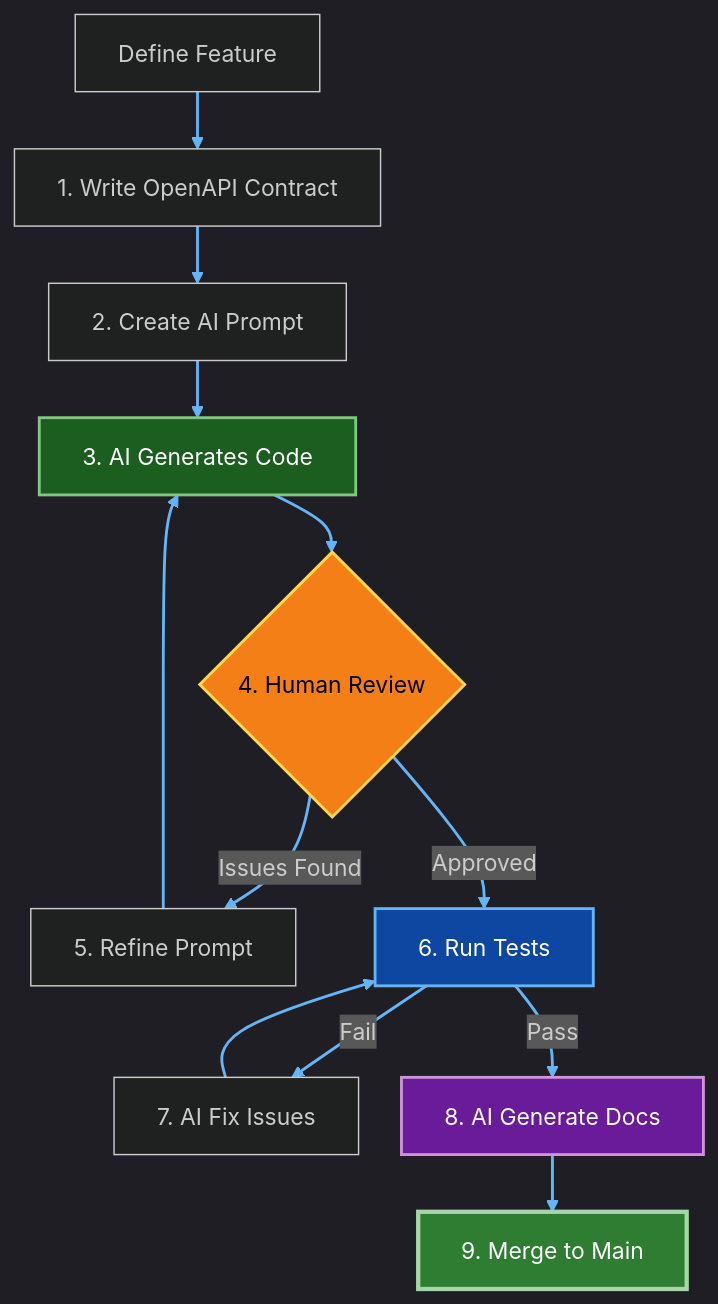
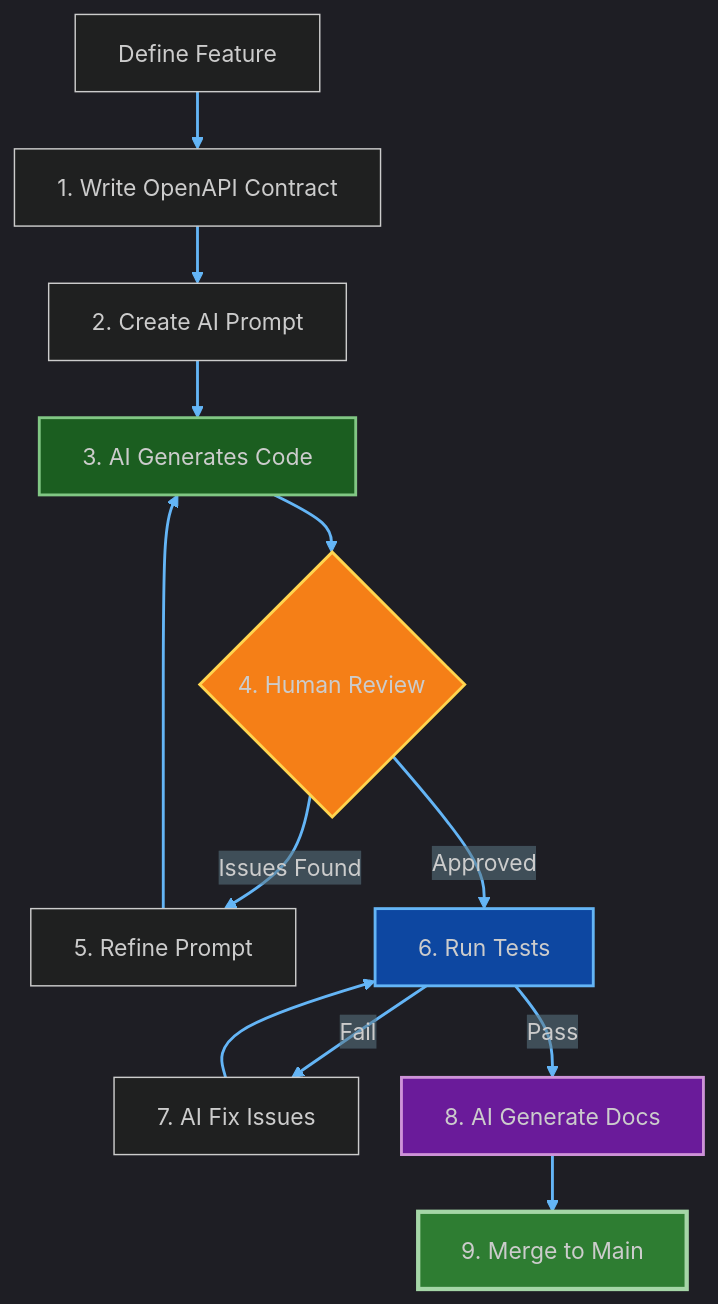
One commit to veics/rage_pitch changed the first of 3 diagrams in docs/DEVELOPMENT.md. Above: the diagram before and after it, drawn with Mermaid. The commit also changed other lines of this file and 8 other files, not shown here.

````diff
--- a/docs/DEVELOPMENT.md
+++ b/docs/DEVELOPMENT.md
@@ -108,28 +108,28 @@
 ```mermaid
-%%{init: {'theme':'dark', 'flowchart': {'nodeSpacing': 30, 'rankSpacing': 40, 'curve': 'basis'}}}%%
+%%{init: {'theme':'dark', 'flowchart': {'nodeSpacing': 30, 'rankSpacing': 40, 'curve': 'basis'}, 'themeVariables': {'labelBackground':'rgba(38, 50, 56, 0.1)'}}}%%
 graph TB
     START[Define Feature] --> CONTRACT[1. Write OpenAPI Contract]
     CONTRACT --> PROMPT[2. Create AI Prompt]
     
     PROMPT --> AI_GEN[3. AI Generates Code]
     
     AI_GEN --> REVIEW{4. Human Review}
     
     REVIEW -->|Issues Found| REFINE[5. Refine Prompt]
     REFINE --> AI_GEN
     
     REVIEW -->|Approved| TEST[6. Run Tests]
     
     TEST -->|Fail| FIX[7. AI Fix Issues]
     FIX --> TEST
     
     TEST -->|Pass| DOC[8. AI Generate Docs]
     DOC --> MERGE[9. Merge to Main]
     
-    style AI_GEN fill:#1b5e20,stroke:#81c784,stroke-width:2px,color:#fff
-    style REVIEW fill:#f57f17,stroke:#ffd54f,stroke-width:2px,color:#000
-    style TEST fill:#0d47a1,stroke:#64b5f6,stroke-width:2px,color:#fff
-    style DOC fill:#6a1b9a,stroke:#ce93d8,stroke-width:2px,color:#fff
-    style MERGE fill:#2e7d32,stroke:#a5d6a7,stroke-width:3px,color:#fff
+    style AI_GEN fill:#1b5e20,stroke:#81c784,stroke-width:2px
+    style REVIEW fill:#f57f17,stroke:#ffd54f,stroke-width:2px
+    style TEST fill:#0d47a1,stroke:#64b5f6,stroke-width:2px
+    style DOC fill:#6a1b9a,stroke:#ce93d8,stroke-width:2px
+    style MERGE fill:#2e7d32,stroke:#a5d6a7,stroke-width:3px
     linkStyle default stroke:#64b5f6,stroke-width:2px;
 ```
````
